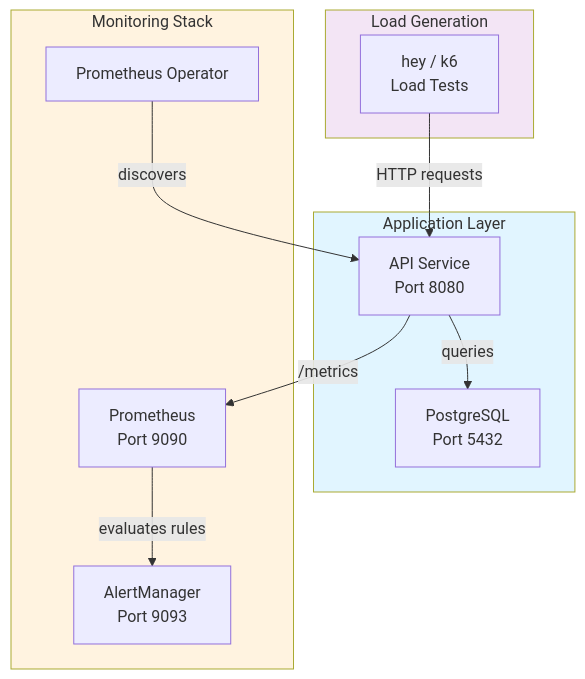
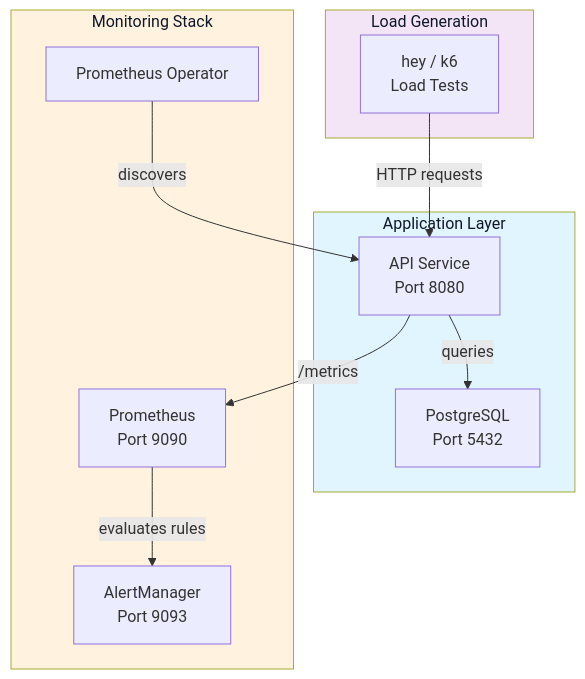
The diagram in topics/computing/infrastructure/sre/labs.md (blebleblee/synapse), drawn with Mermaid before and after one commit. The commit also changed other lines of this file and 1464 other files, not shown here.

Commit message:
feat(release): curriculum vector mermaid upgrade, render hardening, and master synpack

````diff
--- a/topics/computing/infrastructure/sre/labs.md
+++ b/topics/computing/infrastructure/sre/labs.md
@@ -28,27 +28,27 @@
 ```mermaid
 graph TB
     subgraph sub_app ["Application Layer"]
         API["API Service<br/>Port 8080"]
         DB["PostgreSQL<br/>Port 5432"]
     end
     
     subgraph sub_monitoring ["Monitoring Stack"]
         PROM["Prometheus<br/>Port 9090"]
         PM["Prometheus Operator"]
         AM["AlertManager<br/>Port 9093"]
     end
     
     subgraph sub_clients ["Load Generation"]
         HEY["hey / k6<br/>Load Tests"]
     end
     
     API -->|queries| DB
     API -->|"/metrics"| PROM
     PM -->|discovers| API
     PROM -->|"evaluates rules"| AM
     HEY -->|"HTTP requests"| API
     
-    style sub_app fill:#e1f5ff
-    style sub_monitoring fill:#fff3e0
-    style sub_clients fill:#f3e5f5
+    style sub_app fill:#e1f5ff,color:#0f172a
+    style sub_monitoring fill:#fff3e0,color:#0f172a
+    style sub_clients fill:#f3e5f5,color:#0f172a
 ```
````
